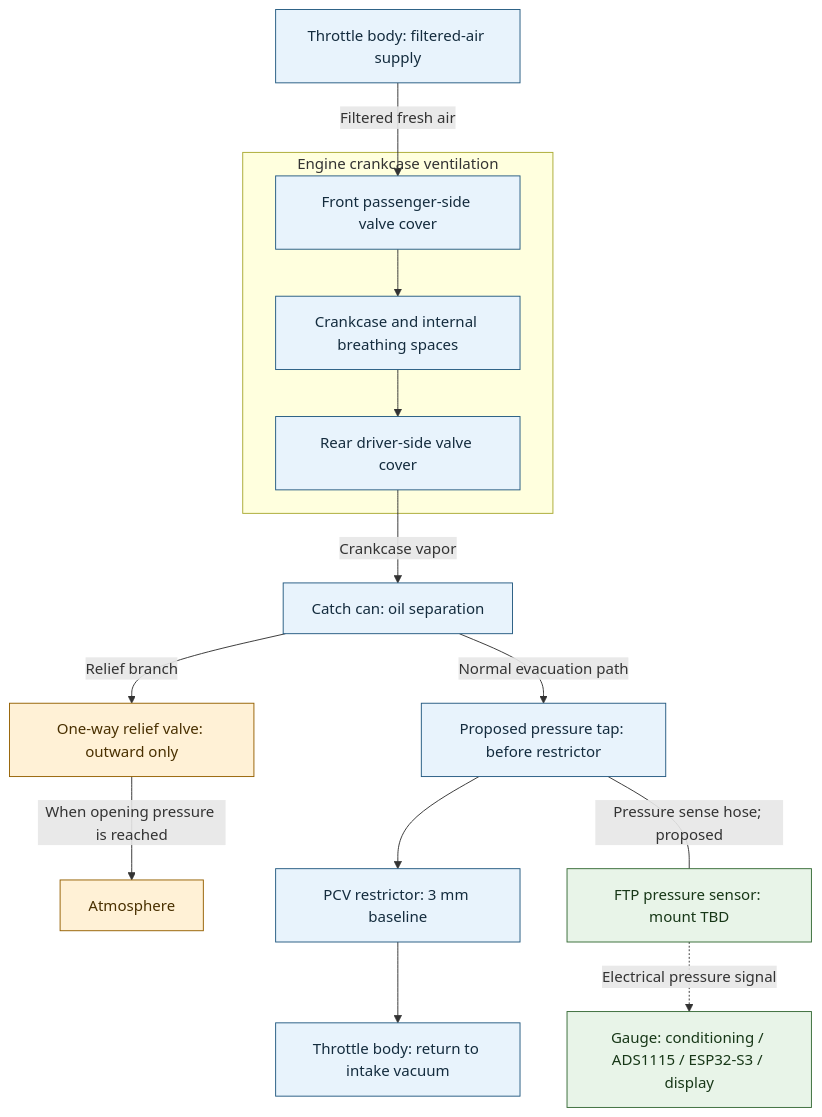
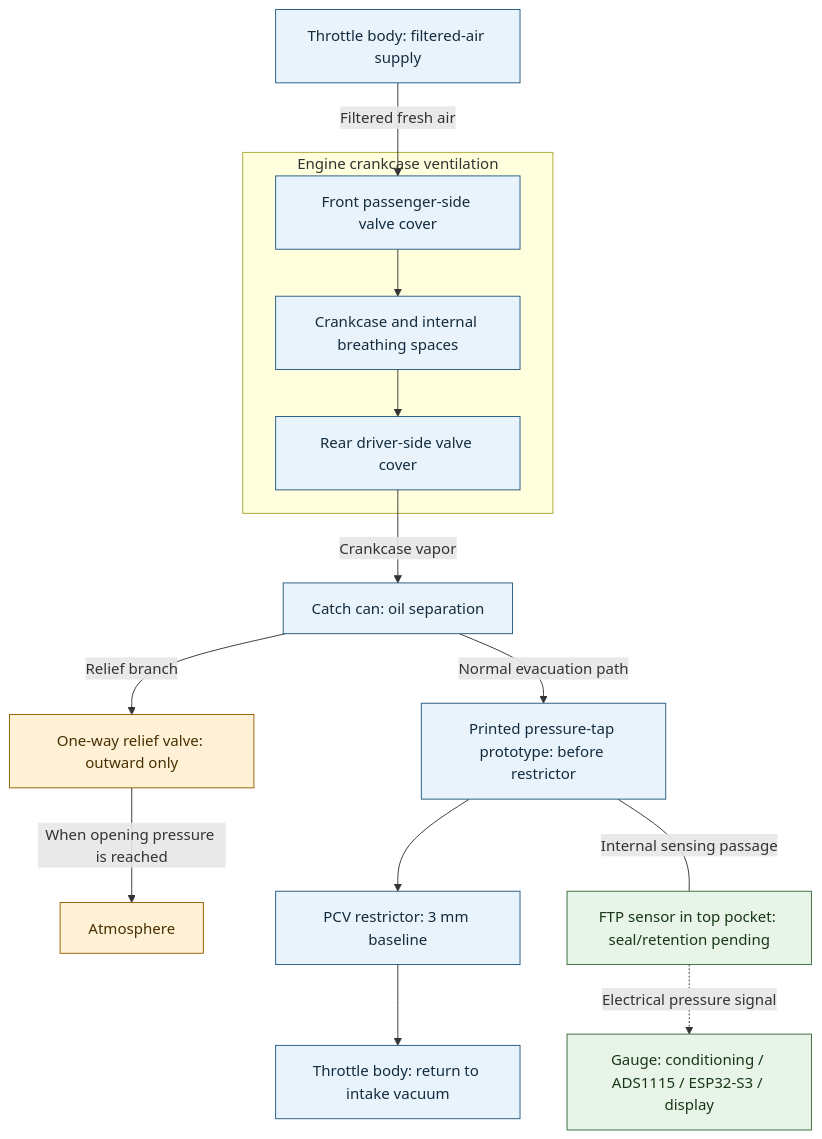
One commit to joshua-p-williams/ls-pcv-system changed the diagram in hardware/architecture/pcv-system.md. Above: the diagram before and after it, drawn with Mermaid. The commit also changed other lines of this file and 57 other files, not shown here.

First line of the commit message:
Document bench layouts and pressure-tap prototype; reconcile project records

````diff
--- a/hardware/architecture/pcv-system.md
+++ b/hardware/architecture/pcv-system.md
@@ -7,35 +7,35 @@
 ```mermaid
 flowchart TD
     freshAir["Throttle body: filtered-air supply"]
     subgraph engine["Engine crankcase ventilation"]
         passengerCover["Front passenger-side valve cover"]
         crankcase["Crankcase and internal breathing spaces"]
         driverCover["Rear driver-side valve cover"]
         passengerCover --> crankcase --> driverCover
     end
     catchCan["Catch can: oil separation"]
     relief["One-way relief valve: outward only"]
     atmosphere["Atmosphere"]
-    pressureTap["Proposed pressure tap: before restrictor"]
+    pressureTap["Printed pressure-tap prototype: before restrictor"]
     restrictor["PCV restrictor: 3 mm baseline"]
     intakeReturn["Throttle body: return to intake vacuum"]
-    ftpSensor["FTP pressure sensor: mount TBD"]
+    ftpSensor["FTP sensor in top pocket: seal/retention pending"]
     gauge["Gauge: conditioning / ADS1115 / ESP32-S3 / display"]
 
     freshAir -->|"Filtered fresh air"| passengerCover
     driverCover -->|"Crankcase vapor"| catchCan
     catchCan -->|"Relief branch"| relief
     relief -->|"When opening pressure is reached"| atmosphere
     catchCan -->|"Normal evacuation path"| pressureTap
     pressureTap --> restrictor
     restrictor --> intakeReturn
-    pressureTap ---|"Pressure sense hose; proposed"| ftpSensor
+    pressureTap ---|"Internal sensing passage"| ftpSensor
     ftpSensor -.->|"Electrical pressure signal"| gauge
 
     classDef fluid fill:#e8f3fc,stroke:#245a81,color:#142c3e
     classDef vent fill:#fff1d6,stroke:#956000,color:#493000
     classDef instrument fill:#e8f4e8,stroke:#376b37,color:#173717
     class freshAir,passengerCover,crankcase,driverCover,catchCan,pressureTap,restrictor,intakeReturn fluid
     class relief,atmosphere vent
     class ftpSensor,gauge instrument
 ```
````
